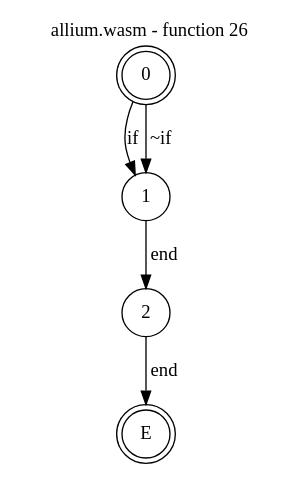
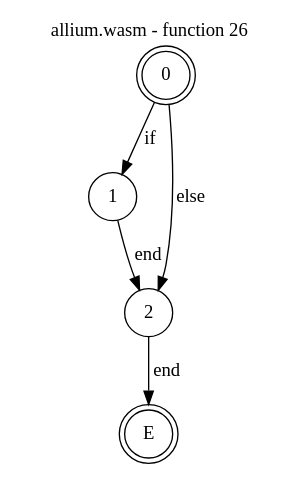
Before and after one commit to jsCarleton/wanalyze: the diagram in test_cases/allium/funcs/allium-func26.dot, drawn with Graphviz. The commit also changed 198 other files, not shown here.

```diff
--- a/test_cases/allium/funcs/allium-func26.dot
+++ b/test_cases/allium/funcs/allium-func26.dot
@@ -1,13 +1,13 @@
 digraph finite_state_machine {
     label = "allium.wasm - function 26"
     labelloc =  t
     labelfontsize = 16
     labelfontcolor = black
     labelfontname = "Helvetica"
     node [shape = doublecircle]; 0 E ;
     node [shape = circle];
     0 -> 1[label="if"];
-    0 -> 1[label="~if"];
+    0 -> 2[label="else"];
     1 -> 2[label="end"];
     2 -> E[label="end"];
 }
```
